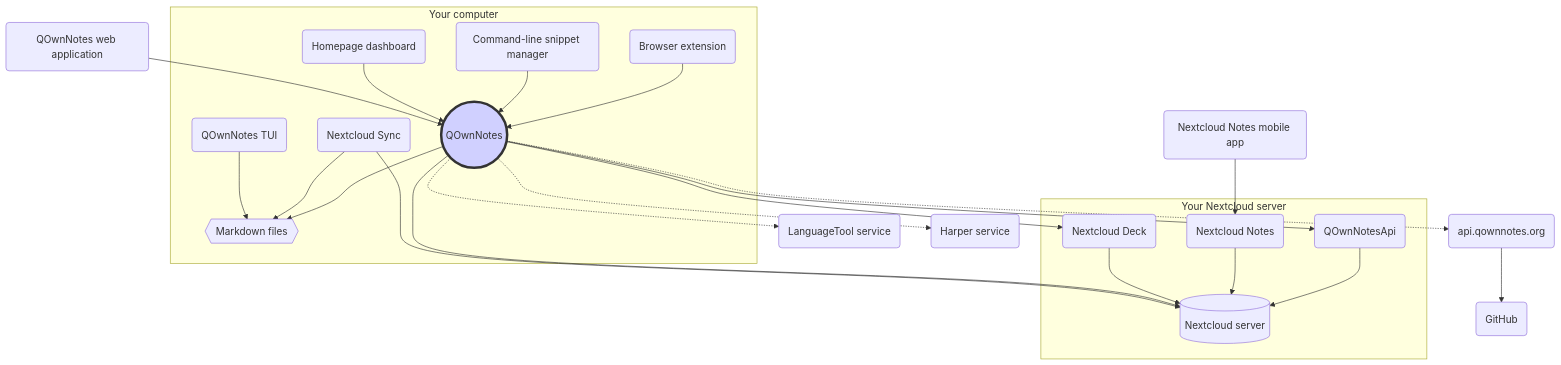
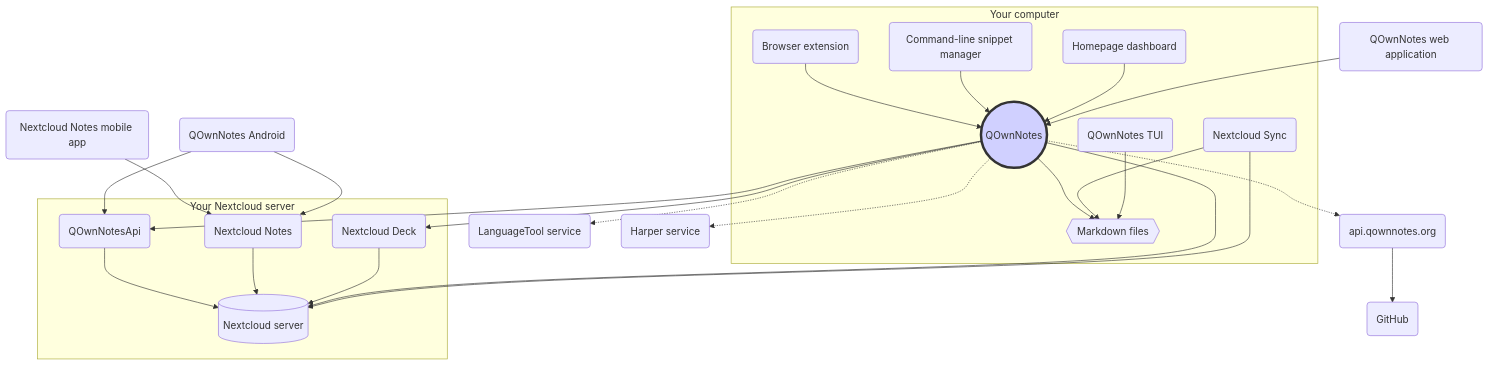
One commit to pbek/QOwnNotes changed the diagram in webpage/src/getting-started/concept.md. Above: the diagram before and after it, drawn with Mermaid. The commit also changed other lines of this file and 3 other files, not shown here.

Commit message:
doc: add qownnotes android documentation

````diff
--- a/webpage/src/getting-started/concept.md
+++ b/webpage/src/getting-started/concept.md
@@ -13,45 +13,48 @@
 ```mermaid
 graph TB
     subgraph Your computer
         qon((QOwnNotes))-->md{{"Markdown files"}}
         sync("Nextcloud Sync")-->md
         qon-comp("Browser extension")-->qon
         qc("Command-line snippet manager")-->qon
         tui("QOwnNotes TUI")-->md
         homepage("Homepage dashboard")-->qon
     end
     subgraph Your Nextcloud server
         qon-api("QOwnNotesApi")-->ncs[("Nextcloud server")]
         nc-notes-app("Nextcloud Notes")-->ncs
         nc-deck-app("Nextcloud Deck")-->ncs
     end
 
     nc-notes-mob("Nextcloud Notes mobile app")-->nc-notes-app
+    qon-mob("QOwnNotes Android")-->nc-notes-app
+    qon-mob-->qon-api
     qon-web-app("QOwnNotes web application")-->qon
     qon-->qon-api
     qon-->ncs
     qon-->nc-deck-app
     sync-->ncs
     qon-.->lt("LanguageTool service")
     qon-.->harper("Harper service")
     qon-.->qon-web-api("api.qownnotes.org")
     qon-web-api-->github("GitHub")
 
     style qon fill:#d0d0ff,stroke:#333,stroke-width:4px
     click qon "/getting-started/concept.html#qownnotes" "QOwnNotes Desktop Application for managing your notes on your desktop computer"
     click md "/getting-started/concept.html#markdown-note-files" "Markdown, media and attachment files in your note folder"
     click qon-comp "/getting-started/concept.html#qownnotes-browser-extension" "QOwnNotes browser extension for managing bookmarks in markdown files and as web clipper"
     click qc "/getting-started/concept.html#qownnotes-command-line-snippet-manager" "QOwnNotes command-line snippet manager"
     click tui "/getting-started/concept.html#qownnotes-tui" "QOwnNotes TUI, a keyboard-first terminal browser and editor for your Markdown note folders"
     click homepage "/getting-started/concept.html#homepage-dashboard" "Homepage dashboard using QOwnNotes bookmark suggestions"
     click sync "/getting-started/concept.html#nextcloud-desktop-sync-client" "Nextcloud desktop sync client to sync your notes to your server"
     click ncs "/getting-started/concept.html#nextcloud-server" "Nextcloud server to host your notes and other files"
     click qon-api "/getting-started/concept.html#qownnotesapi-nextcloud-app" "QOwnNotesAPI Nextcloud app to access your server-side trash and note versions"
     click nc-notes-app "/getting-started/concept.html#nextcloud-notes-server-app" "Nextcloud Notes server app to manage your notes in the web"
     click nc-notes-mob "/getting-started/concept.html#nextcloud-notes-mobile-app" "Nextcloud Notes mobile app to manage your notes on your mobile phone"
+    click qon-mob "/getting-started/concept.html#qownnotes-android" "QOwnNotes Android, an offline-capable Markdown notes app for Android"
     click nc-deck-app "/getting-started/concept.html#nextcloud-deck-server-app" "Nextcloud Deck server app to manage reminders and todo lists in the web"
     click qon-web-app "/getting-started/concept.html#qownnotes-web-app" "QOwnNotes Web App to send photos from your mobile phone"
     click lt "/editor/languagetool.html" "Optional LanguageTool server for grammar and style checking"
     click harper "/editor/harper.html" "Optional Harper service for offline grammar and style checking"
     click qon-web-api "/getting-started/concept.html#api-qownnotes-org"
 ```
````
